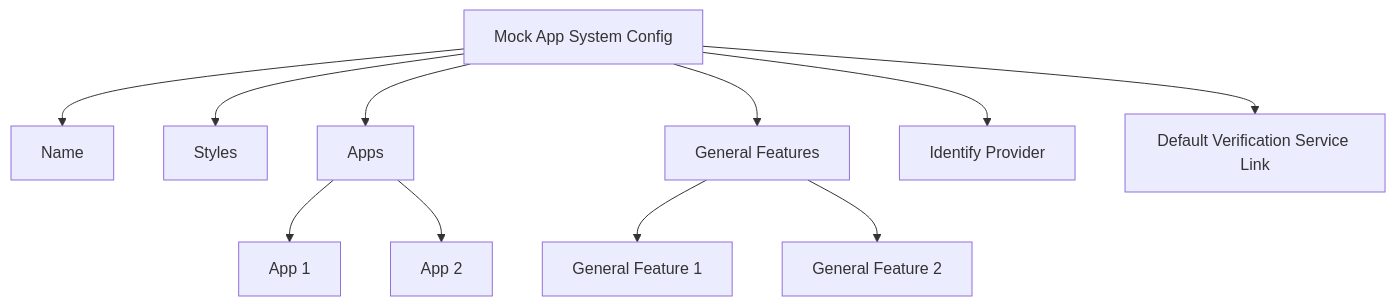
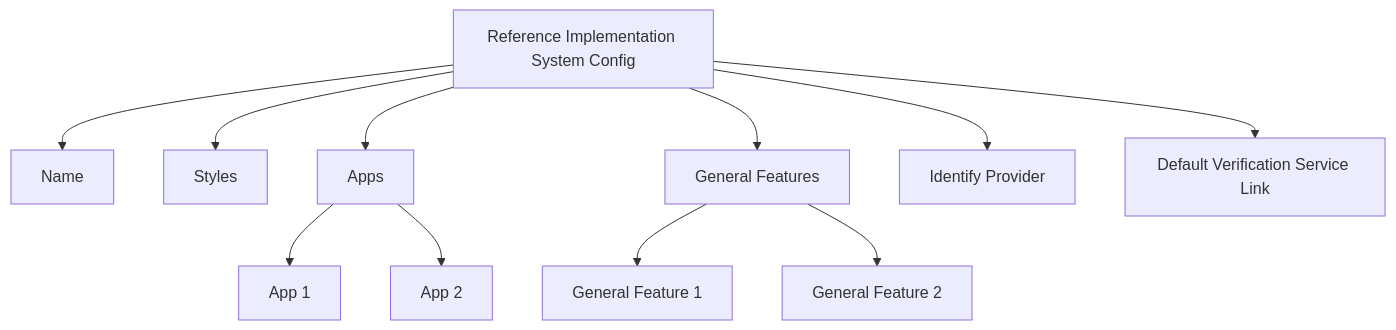
One commit to uncefact/tests-untp changed the diagram in documentation/docs/reference-implementation/configuration/system-config.md. Above: the diagram before and after it, drawn with Mermaid. The commit also changed other lines of this file and 83 other files, not shown here.

Commit message:
chore: replace mock app with reference implementation

````diff
--- a/documentation/docs/reference-implementation/configuration/system-config.md
+++ b/documentation/docs/reference-implementation/configuration/system-config.md
@@ -15,16 +15,16 @@
 ```mermaid
 graph TD
-    A[Mock App System Config]
+    A[Reference Implementation System Config]
     A --> B[Name]
     A --> C[Styles]
     A --> D[Apps]
     A --> E[General Features]
     A --> F[Identify Provider]
     A --> G[Default Verification Service Link]
 
     D --> D1[App 1]
     D --> D2[App 2]
 
     E --> E1[General Feature 1]
     E --> E2[General Feature 2]
 ```
````
